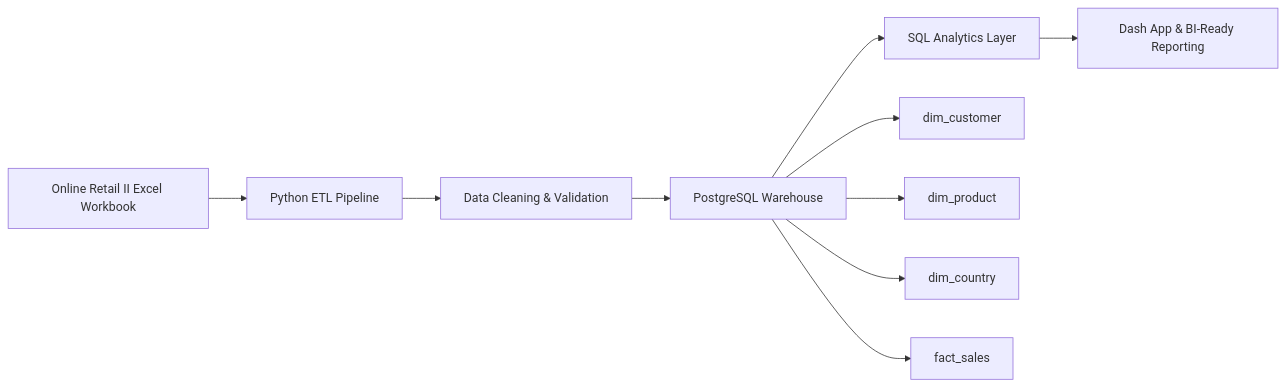
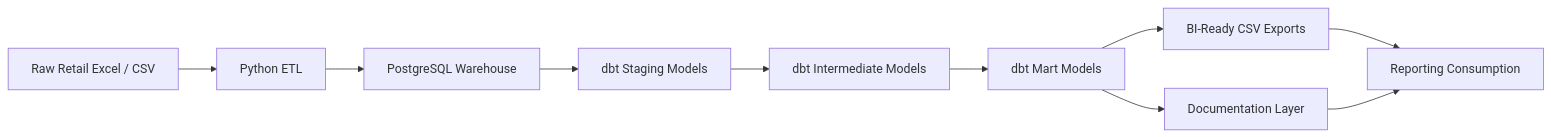
The first of 4 diagrams in README.md (Kartz82/customer-intelligence-warehouse), drawn with Mermaid before and after one commit. The commit also changed other lines of this file, not shown here.

````diff
--- a/README.md
+++ b/README.md
@@ -10,13 +25,12 @@
 ```mermaid
 flowchart LR
-    A[Online Retail II Excel Workbook] --> B[Python ETL Pipeline]
-    B --> C[Data Cleaning & Validation]
-    C --> D[PostgreSQL Warehouse]
-    D --> E[SQL Analytics Layer]
-    E --> F[Dash App & BI-Ready Reporting]
-
-    D --> D1[dim_customer]
-    D --> D2[dim_product]
-    D --> D3[dim_country]
-    D --> D4[fact_sales]
+    A[Raw Retail Excel / CSV] --> B[Python ETL]
+    B --> C[PostgreSQL Warehouse]
+    C --> D[dbt Staging Models]
+    D --> E[dbt Intermediate Models]
+    E --> F[dbt Mart Models]
+    F --> G[BI-Ready CSV Exports]
+    F --> H[Documentation Layer]
+    G --> I[Reporting Consumption]
+    H --> I
 ```
````
